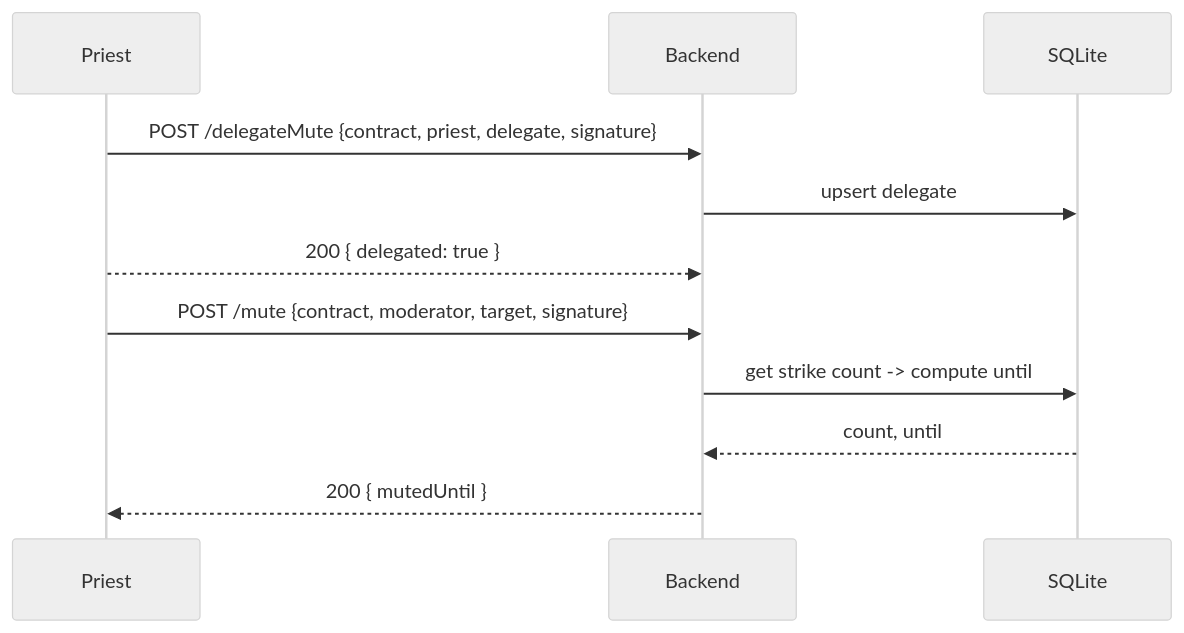
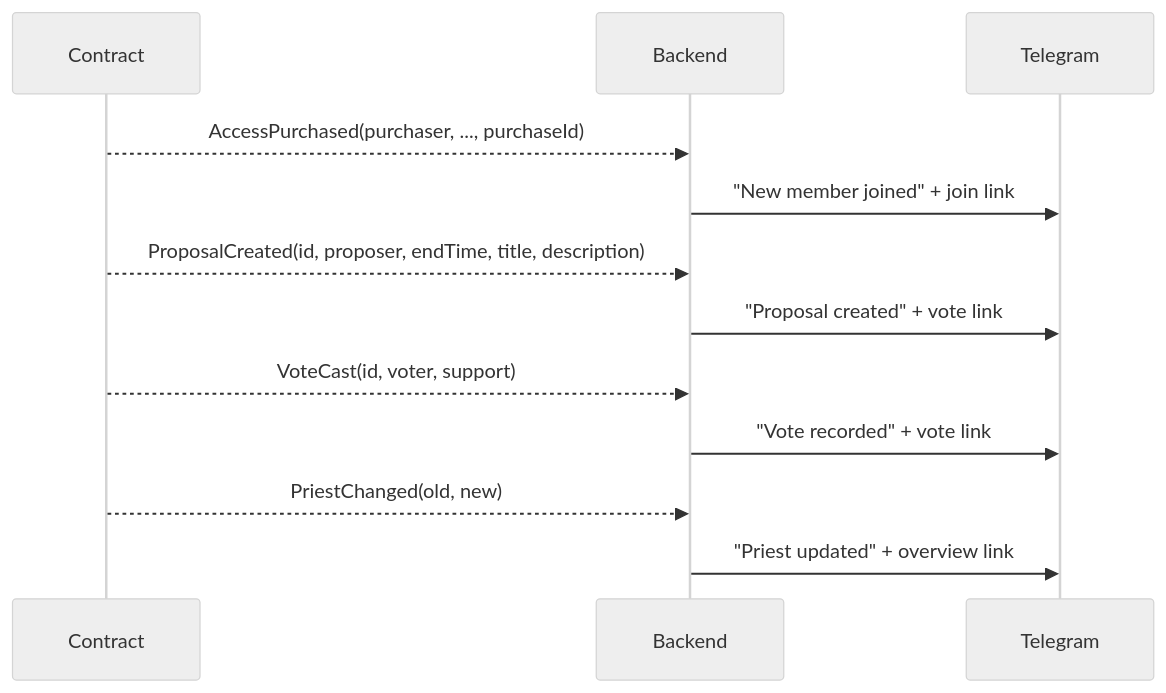
Before and after one commit to templ-fun/templ-evm-protocol: the fifth of 10 diagrams in docs/CORE_FLOW_DOCS.MD, drawn with Mermaid (neutral theme). The commit also changed other lines of this file and 83 other files, not shown here.

````diff
--- a/docs/CORE_FLOW_DOCS.MD
+++ b/docs/CORE_FLOW_DOCS.MD
@@ -110,13 +75,14 @@
 ```mermaid
 sequenceDiagram
-    participant P as Priest
+    participant C as Contract
     participant B as Backend
-    participant D as SQLite
-    P->>B: POST /delegateMute {contract, priest, delegate, signature}
-    B->>D: upsert delegate
-    P-->>B: 200 { delegated: true }
-    P->>B: POST /mute {contract, moderator, target, signature}
-    B->>D: get strike count -> compute until
-    D-->>B: count, until
-    B-->>P: 200 { mutedUntil }
+    participant T as Telegram
+    C-->>B: AccessPurchased(purchaser, ..., purchaseId)
+    B->>T: "New member joined" + join link
+    C-->>B: ProposalCreated(id, proposer, endTime, title, description)
+    B->>T: "Proposal created" + vote link
+    C-->>B: VoteCast(id, voter, support)
+    B->>T: "Vote recorded" + vote link
+    C-->>B: PriestChanged(old, new)
+    B->>T: "Priest updated" + overview link
 ```
````
